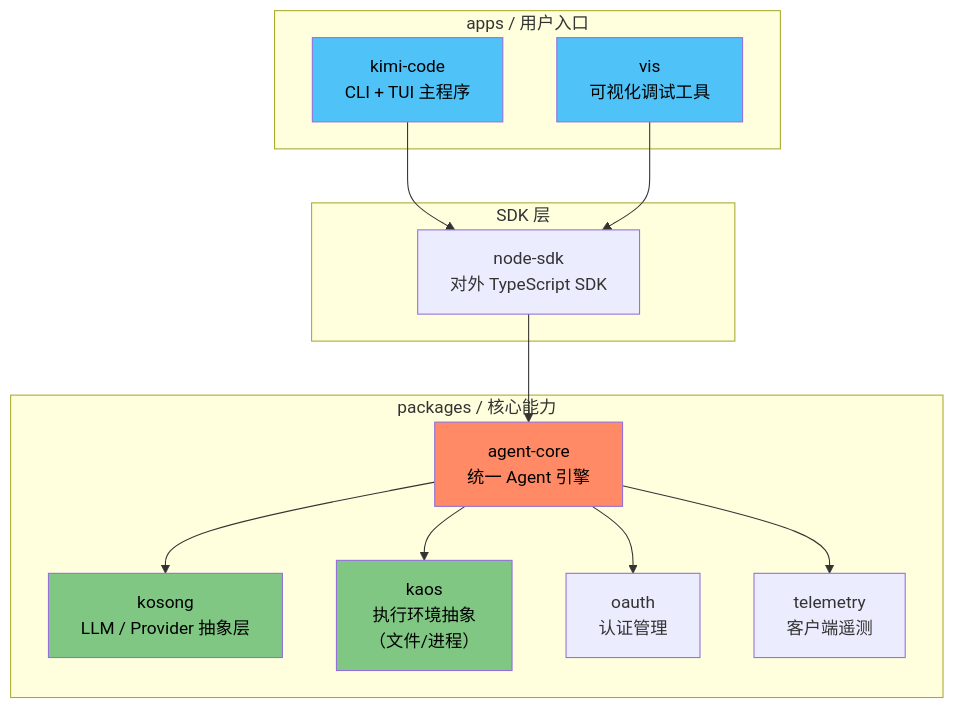
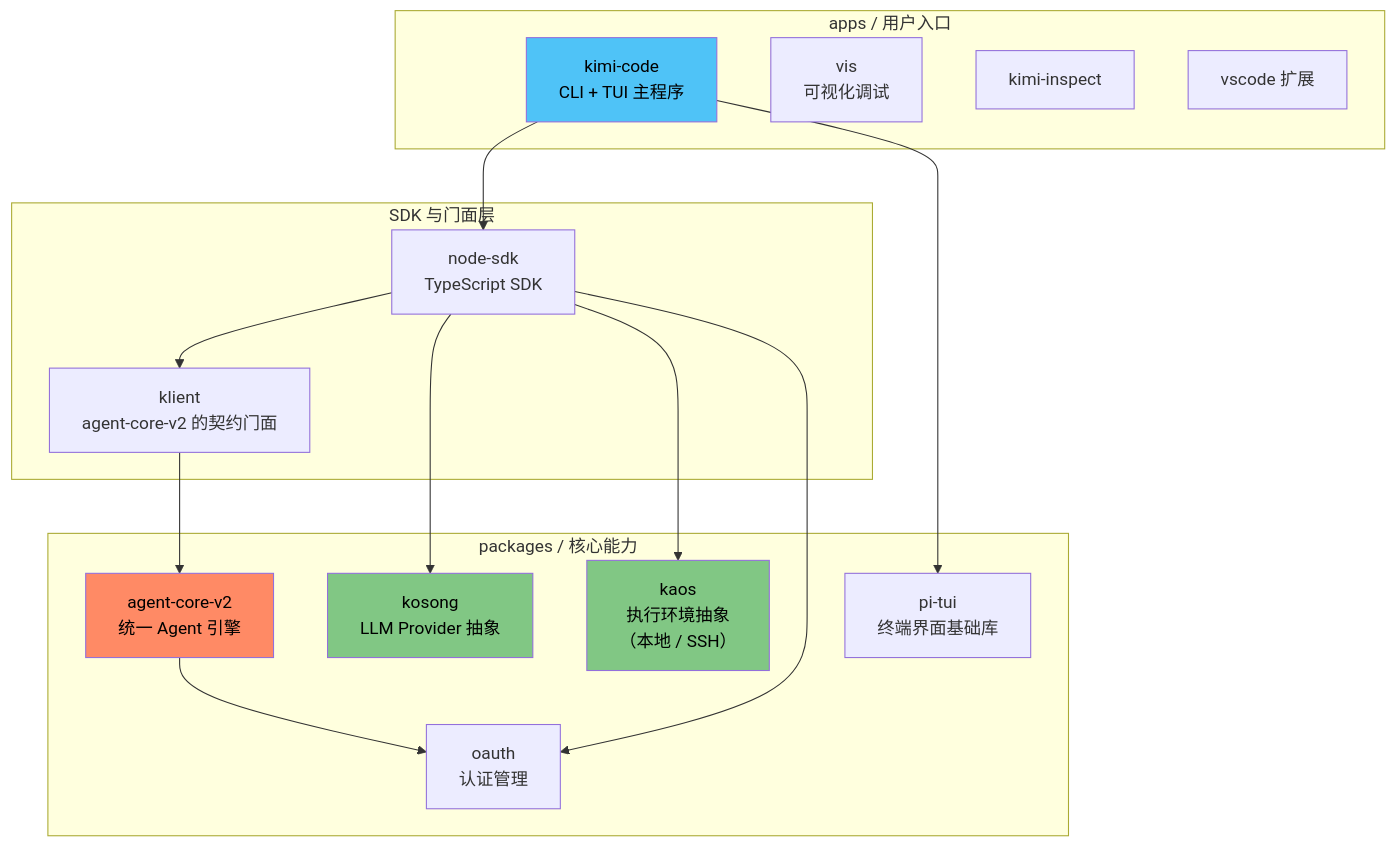
Before and after one commit to A1pha3/text-matrix: the diagram in content/posts/tech/kimi-code-kimi-coding-assistant-guide.md, drawn with Mermaid. The commit also changed other lines of this file and 331 other files, not shown here.

````diff
--- a/content/posts/tech/kimi-code-kimi-coding-assistant-guide.md
+++ b/content/posts/tech/kimi-code-kimi-coding-assistant-guide.md
@@ -61,33 +62,36 @@
 ```mermaid
 graph TD
     subgraph Apps["apps / 用户入口"]
         CLI["kimi-code<br/>CLI + TUI 主程序"]
-        VIS["vis<br/>可视化调试工具"]
+        VIS["vis<br/>可视化调试"]
+        INSPECT["kimi-inspect"]
+        VSCODE["vscode 扩展"]
     end
 
-    subgraph SDK["SDK 层"]
-        SDK_PKG["node-sdk<br/>对外 TypeScript SDK"]
+    subgraph SDK["SDK 与门面层"]
+        NODESDK["node-sdk<br/>TypeScript SDK"]
+        KLIENT["klient<br/>agent-core-v2 的契约门面"]
     end
 
     subgraph Core["packages / 核心能力"]
-        AC["agent-core<br/>统一 Agent 引擎"]
-        KOSONG["kosong<br/>LLM / Provider 抽象层"]
-        KAOS["kaos<br/>执行环境抽象<br/>（文件/进程）"]
+        AC["agent-core-v2<br/>统一 Agent 引擎"]
+        KOSONG["kosong<br/>LLM Provider 抽象"]
+        KAOS["kaos<br/>执行环境抽象<br/>（本地 / SSH）"]
         OAUTH["oauth<br/>认证管理"]
-        TELEMETRY["telemetry<br/>客户端遥测"]
+        PITUI["pi-tui<br/>终端界面基础库"]
     end
 
-    CLI --> SDK_PKG
-    VIS --> SDK_PKG
-    SDK_PKG --> AC
-    AC --> KOSONG
-    AC --> KAOS
+    CLI --> NODESDK
+    CLI --> PITUI
+    NODESDK --> KLIENT
+    NODESDK --> KOSONG
+    NODESDK --> KAOS
+    NODESDK --> OAUTH
+    KLIENT --> AC
     AC --> OAUTH
-    AC --> TELEMETRY
 
     style CLI fill:#4fc3f7,color:#000
-    style VIS fill:#4fc3f7,color:#000
     style AC fill:#ff8a65,color:#000
     style KOSONG fill:#81c784,color:#000
     style KAOS fill:#81c784,color:#000
 ```
````
